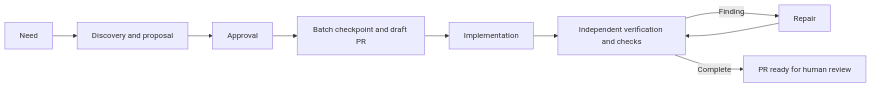
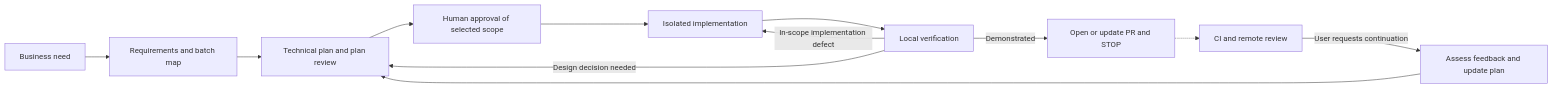
One commit to ciupkajakub/ai-dev-workflows changed the diagram in README.md. Above: the diagram before and after it, drawn with Mermaid. The commit also changed other lines of this file and 6 other files, not shown here.

````diff
--- a/README.md
+++ b/README.md
@@ -23,11 +28,14 @@
 ```mermaid
 flowchart LR
-    need[Need] --> proposal[Discovery and proposal]
-    proposal --> approval[Approval]
-    approval --> draft[Batch checkpoint and draft PR]
-    draft --> implement[Implementation]
-    implement --> verify[Independent verification and checks]
-    verify -->|Finding| repair[Repair]
-    repair --> verify
-    verify -->|Complete| ready[PR ready for human review]
+    need[Business need] --> feature[Requirements and batch map]
+    feature --> plan[Technical plan and plan review]
+    plan --> approval[Human approval of selected scope]
+    approval --> implement[Isolated implementation]
+    implement --> verify[Local verification]
+    verify -->|In-scope implementation defect| implement
+    verify -->|Design decision needed| plan
+    verify -->|Demonstrated| pr[Open or update PR and STOP]
+    pr -.-> remote[CI and remote review]
+    remote -->|User requests continuation| feedback[Assess feedback and update plan]
+    feedback --> plan
 ```
````
